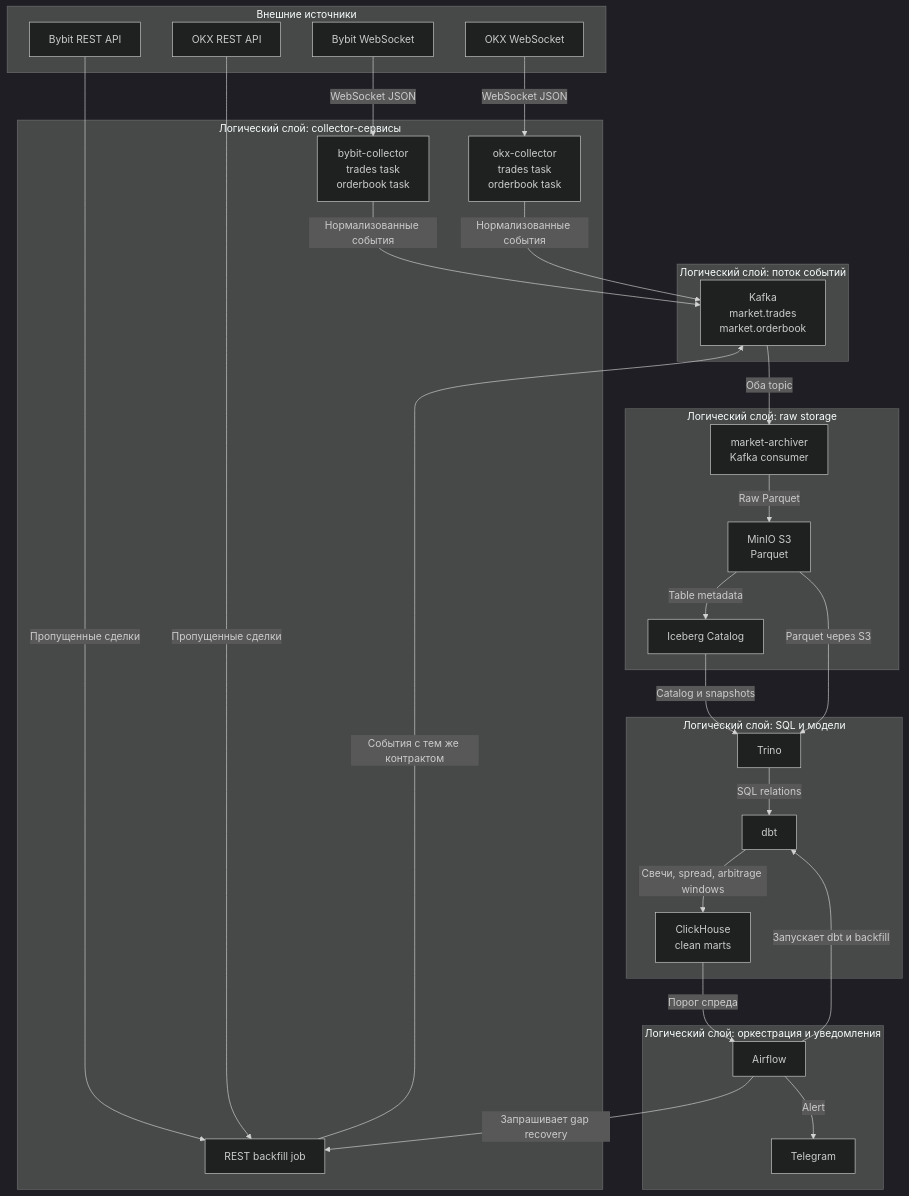
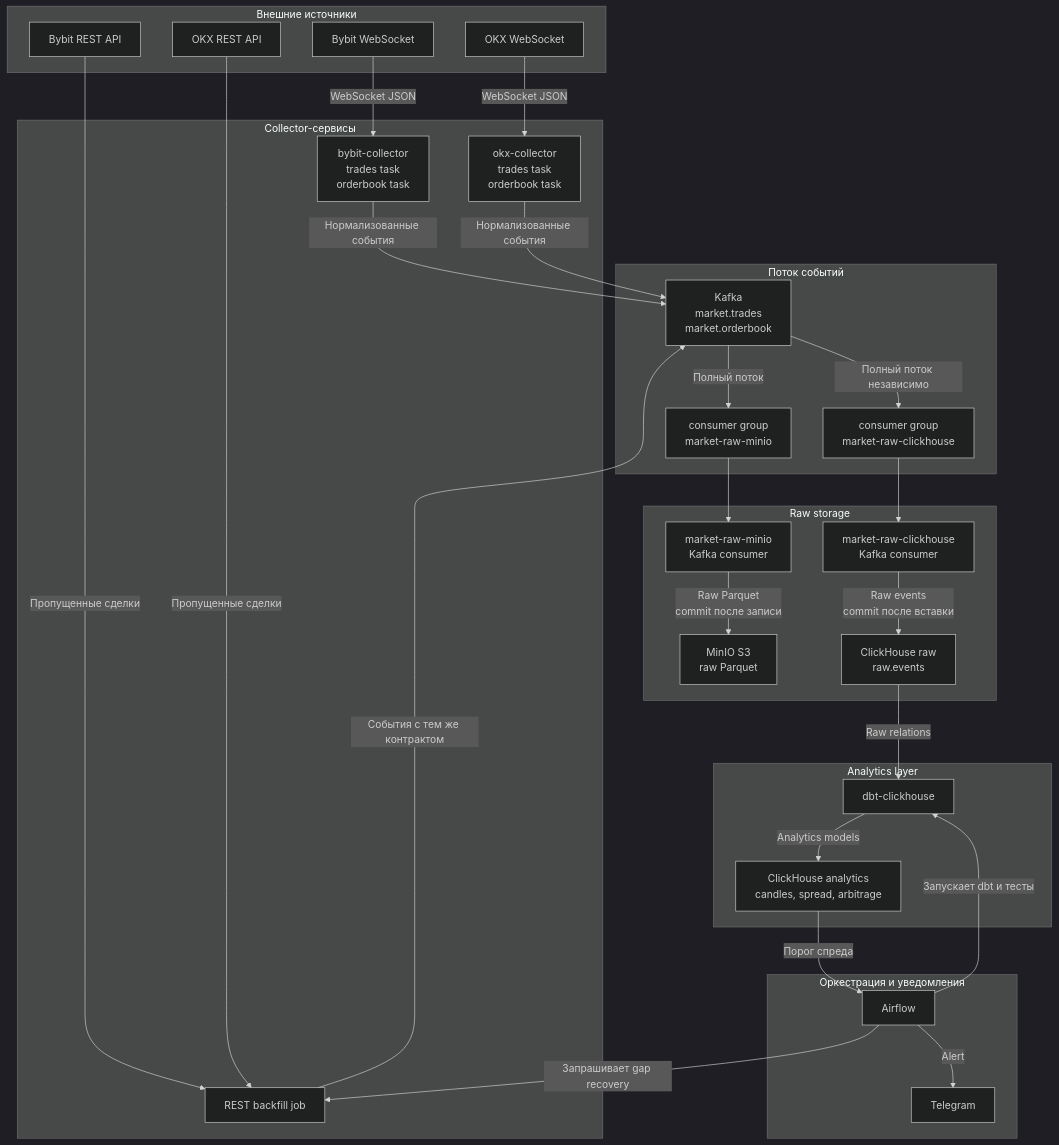
The diagram in docs/deployment.md (allfeia/crypto-market-pipeline), drawn with Mermaid (dark theme) before and after one commit. The commit also changed 28 other files, not shown here.

````diff
--- a/docs/deployment.md
+++ b/docs/deployment.md
@@ -3,57 +3,62 @@
 ```mermaid
 flowchart TB
     subgraph EXCHANGES[Внешние источники]
         BYBIT[Bybit WebSocket]
         OKX[OKX WebSocket]
         BYBIT_REST[Bybit REST API]
         OKX_REST[OKX REST API]
     end
 
-    subgraph COLLECTORS[Логический слой: collector-сервисы]
+    subgraph COLLECTORS[Collector-сервисы]
         B_COL[bybit-collector<br/>trades task<br/>orderbook task]
         O_COL[okx-collector<br/>trades task<br/>orderbook task]
         BACKFILL[REST backfill job]
     end
 
-    subgraph STREAM[Логический слой: поток событий]
+    subgraph STREAM[Поток событий]
         K[Kafka<br/>market.trades<br/>market.orderbook]
+        G1[consumer group<br/>market-raw-minio]
+        G2[consumer group<br/>market-raw-clickhouse]
     end
 
-    subgraph RAW[Логический слой: raw storage]
-        A[market-archiver<br/>Kafka consumer]
-        M[MinIO S3<br/>Parquet]
-        IC[Iceberg Catalog]
+    subgraph RAW[Raw storage]
+        A[market-raw-minio<br/>Kafka consumer]
+        M[MinIO S3<br/>raw Parquet]
+        CW[market-raw-clickhouse<br/>Kafka consumer]
+        CR[ClickHouse raw<br/>raw.events]
     end
 
-    subgraph TRANSFORM[Логический слой: SQL и модели]
-        T[Trino]
-        D[dbt]
-        C[ClickHouse<br/>clean marts]
+    subgraph ANALYTICS[Analytics layer]
+        D[dbt-clickhouse]
+        C[ClickHouse analytics<br/>candles, spread, arbitrage]
     end
 
-    subgraph ORCHESTRATION[Логический слой: оркестрация и уведомления]
+    subgraph ORCHESTRATION[Оркестрация и уведомления]
         AIR[Airflow]
         TG[Telegram]
     end
 
     BYBIT -->|WebSocket JSON| B_COL
     OKX -->|WebSocket JSON| O_COL
     BYBIT_REST -->|Пропущенные сделки| BACKFILL
     OKX_REST -->|Пропущенные сделки| BACKFILL
 
     B_COL -->|Нормализованные события| K
     O_COL -->|Нормализованные события| K
     BACKFILL -->|События с тем же контрактом| K
 
-    K -->|Оба topic| A
-    A -->|Raw Parquet| M
-    M -->|Table metadata| IC
-    IC -->|Catalog и snapshots| T
-    M -->|Parquet через S3| T
-    T -->|SQL relations| D
-    D -->|Свечи, spread, arbitrage windows| C
-    AIR -->|Запускает dbt и backfill| D
-    AIR -->|Запрашивает gap recovery| BACKFILL
+    K -->|Полный поток| G1
+    G1 --> A
+    A -->|Raw Parquet<br/>commit после записи| M
+
+    K -->|Полный поток независимо| G2
+    G2 --> CW
+    CW -->|Raw events<br/>commit после вставки| CR
+
+    CR -->|Raw relations| D
+    D -->|Analytics models| C
+    AIR -->|Запускает dbt и тесты| D
     C -->|Порог спреда| AIR
     AIR -->|Alert| TG
+    AIR -->|Запрашивает gap recovery| BACKFILL
 ```
````
